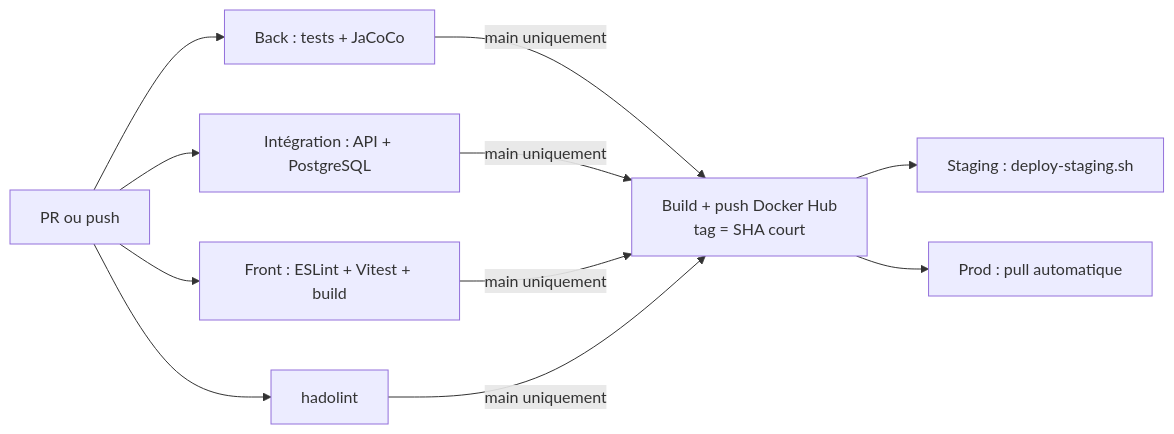
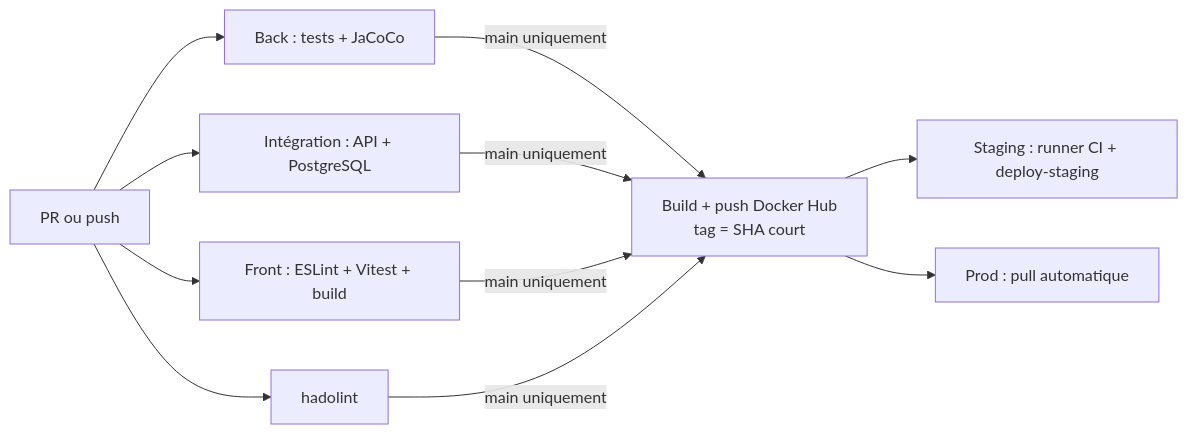
One commit to AnecV8/Projet-devops-avancee changed the second of 2 diagrams in docs/dossier-projet.md. Above: the diagram before and after it, drawn with Mermaid. The commit also changed other lines of this file, not shown here.

````diff
--- a/docs/dossier-projet.md
+++ b/docs/dossier-projet.md
@@ -95,10 +95,10 @@
 ```mermaid
 flowchart LR
   pr[PR ou push] --> b[Back : tests + JaCoCo]
   pr --> i[Intégration : API + PostgreSQL]
   pr --> f[Front : ESLint + Vitest + build]
   pr --> h[hadolint]
   b & i & f & h -->|main uniquement| img[Build + push Docker Hub<br/>tag = SHA court]
-  img --> stg[Staging : deploy-staging.sh]
+  img --> stg[Staging : runner CI + deploy-staging]
   img --> prod[Prod : pull automatique]
 ```
````
